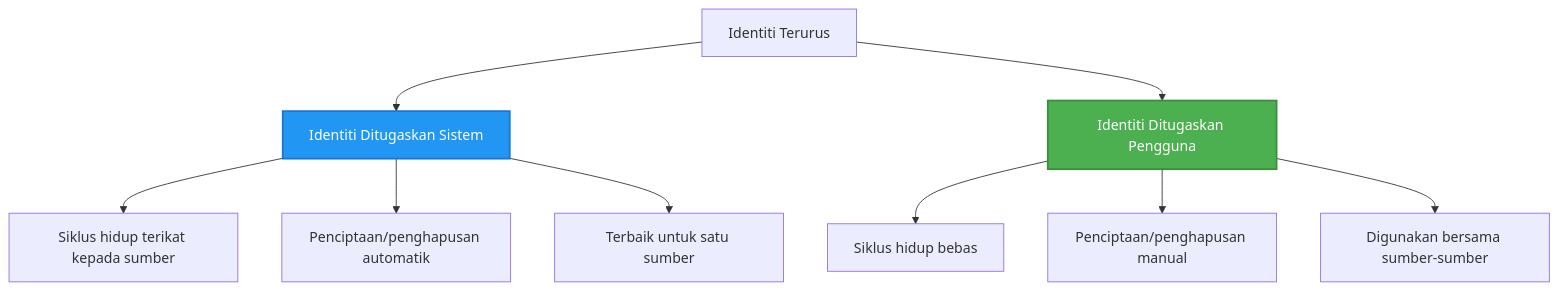
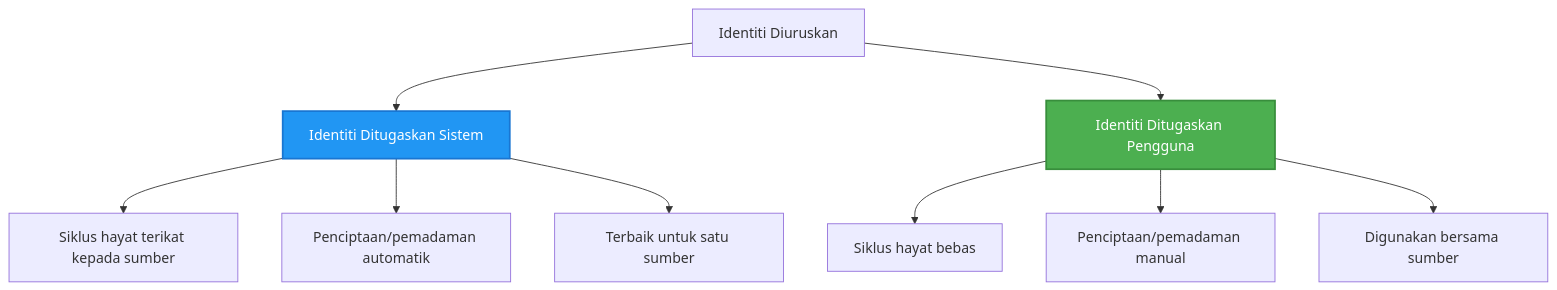
Before and after one commit to microsoft/AZD-for-beginners: the second of 2 diagrams in translations/ms/docs/chapter-03-configuration/authsecurity.md, drawn with Mermaid. The commit also changed other lines of this file and 104 other files, not shown here.

````diff
--- a/translations/ms/docs/chapter-03-configuration/authsecurity.md
+++ b/translations/ms/docs/chapter-03-configuration/authsecurity.md
@@ -97,20 +98,20 @@
 ```mermaid
 graph TB
-    MI[Identiti Terurus]
+    MI[Identiti Diuruskan]
     SystemAssigned[Identiti Ditugaskan Sistem]
     UserAssigned[Identiti Ditugaskan Pengguna]
     
     MI --> SystemAssigned
     MI --> UserAssigned
     
-    SystemAssigned --> SA1[Siklus hidup terikat kepada sumber]
-    SystemAssigned --> SA2[Penciptaan/penghapusan automatik]
+    SystemAssigned --> SA1[Siklus hayat terikat kepada sumber]
+    SystemAssigned --> SA2[Penciptaan/pemadaman automatik]
     SystemAssigned --> SA3[Terbaik untuk satu sumber]
     
-    UserAssigned --> UA1[Siklus hidup bebas]
-    UserAssigned --> UA2[Penciptaan/penghapusan manual]
-    UserAssigned --> UA3[Digunakan bersama sumber-sumber]
+    UserAssigned --> UA1[Siklus hayat bebas]
+    UserAssigned --> UA2[Penciptaan/pemadaman manual]
+    UserAssigned --> UA3[Digunakan bersama sumber]
     
     style SystemAssigned fill:#2196F3,stroke:#1976D2,stroke-width:2px,color:#fff
     style UserAssigned fill:#4CAF50,stroke:#388E3C,stroke-width:2px,color:#fff
 ```
````
